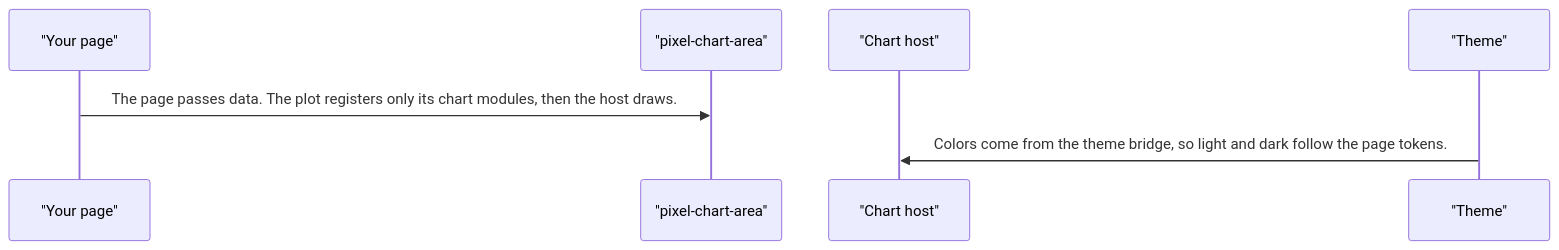
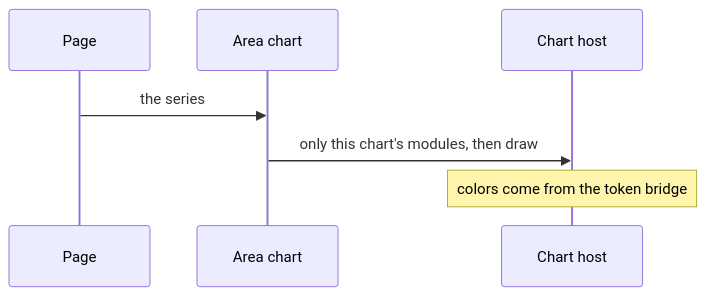
The second of 4 diagrams in projects/pixel-ui/src/lib/pixel-chart-area/DESIGN.md (RajshekharBorate/pixel-ui), drawn with Mermaid before and after one commit. The commit also changed other lines of this file and 73 other files, not shown here.

Commit message:
Explain who owns each value and what each flow does in every component and service design.

````diff
--- a/projects/pixel-ui/src/lib/pixel-chart-area/DESIGN.md
+++ b/projects/pixel-ui/src/lib/pixel-chart-area/DESIGN.md
@@ -51,9 +69,9 @@
 ```mermaid
 sequenceDiagram
-  participant page as "Your page"
-  participant plot as "pixel-chart-area"
-  participant host as "Chart host"
-  participant theme as "Theme"
-  page->>plot: The page passes data. The plot registers only its chart modules, then the host draws.
-  theme->>host: Colors come from the theme bridge, so light and dark follow the page tokens.
+  participant Page
+  participant Plot as Area chart
+  participant Host as Chart host
+  Page->>Plot: the series
+  Plot->>Host: only this chart's modules, then draw
+  Note over Host: colors come from the token bridge
 ```
````
